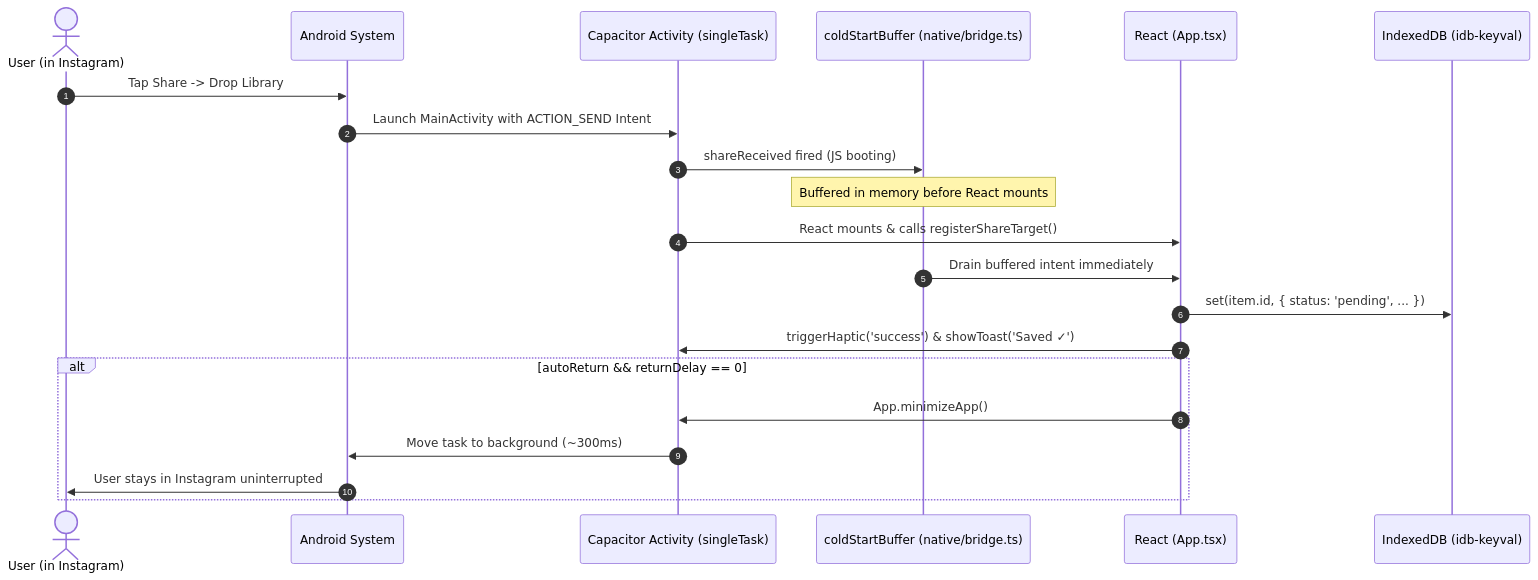
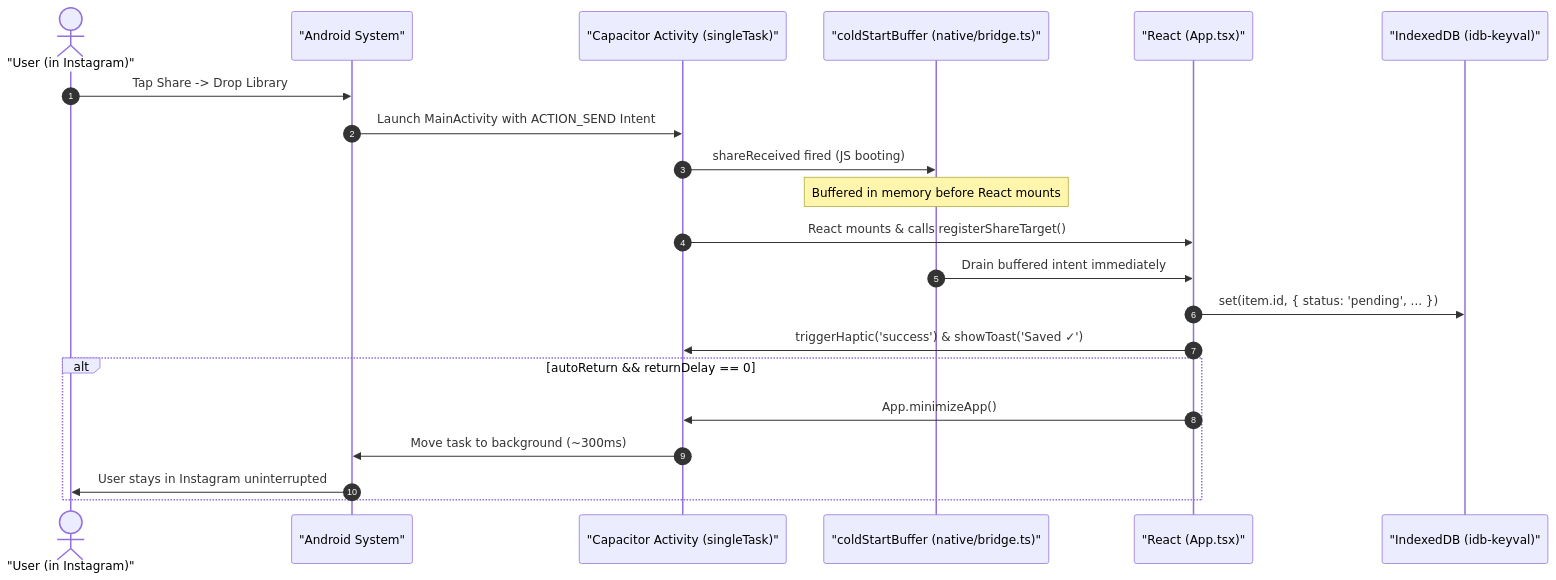
One commit to Prashantispacific/drop-library changed the second of 5 diagrams in ARCHITECTURE.md. Above: the diagram before and after it, drawn with Mermaid. The commit also changed other lines of this file and 1 other file, not shown here.

Commit message:
fix(docs): quote Mermaid diagram labels to fix GitHub rich display parser error

````diff
--- a/ARCHITECTURE.md
+++ b/ARCHITECTURE.md
@@ -85,24 +85,24 @@
 ```mermaid
 sequenceDiagram
     autonumber
-    actor User as User (in Instagram)
-    participant OS as Android System
-    participant Native as Capacitor Activity (singleTask)
-    participant Buffer as coldStartBuffer (native/bridge.ts)
-    participant React as React (App.tsx)
-    participant IDB as IndexedDB (idb-keyval)
+    actor User as "User (in Instagram)"
+    participant OS as "Android System"
+    participant Native as "Capacitor Activity (singleTask)"
+    participant Buffer as "coldStartBuffer (native/bridge.ts)"
+    participant React as "React (App.tsx)"
+    participant IDB as "IndexedDB (idb-keyval)"
 
     User->>OS: Tap Share -> Drop Library
     OS->>Native: Launch MainActivity with ACTION_SEND Intent
     Native->>Buffer: shareReceived fired (JS booting)
     Note over Buffer: Buffered in memory before React mounts
     Native->>React: React mounts & calls registerShareTarget()
     Buffer->>React: Drain buffered intent immediately
     React->>IDB: set(item.id, { status: 'pending', ... })
     React->>Native: triggerHaptic('success') & showToast('Saved ✓')
     alt autoReturn && returnDelay == 0
         React->>Native: App.minimizeApp()
         Native->>OS: Move task to background (~300ms)
         OS->>User: User stays in Instagram uninterrupted
     end
 ```
````
